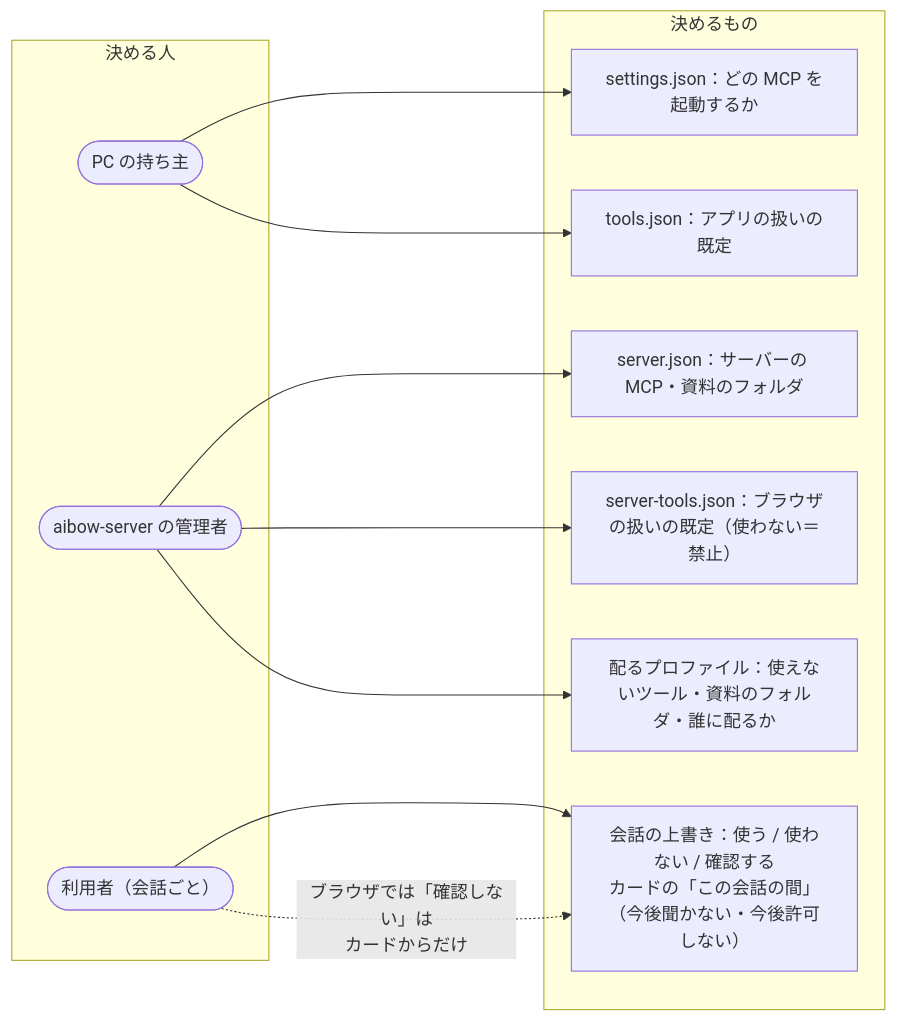
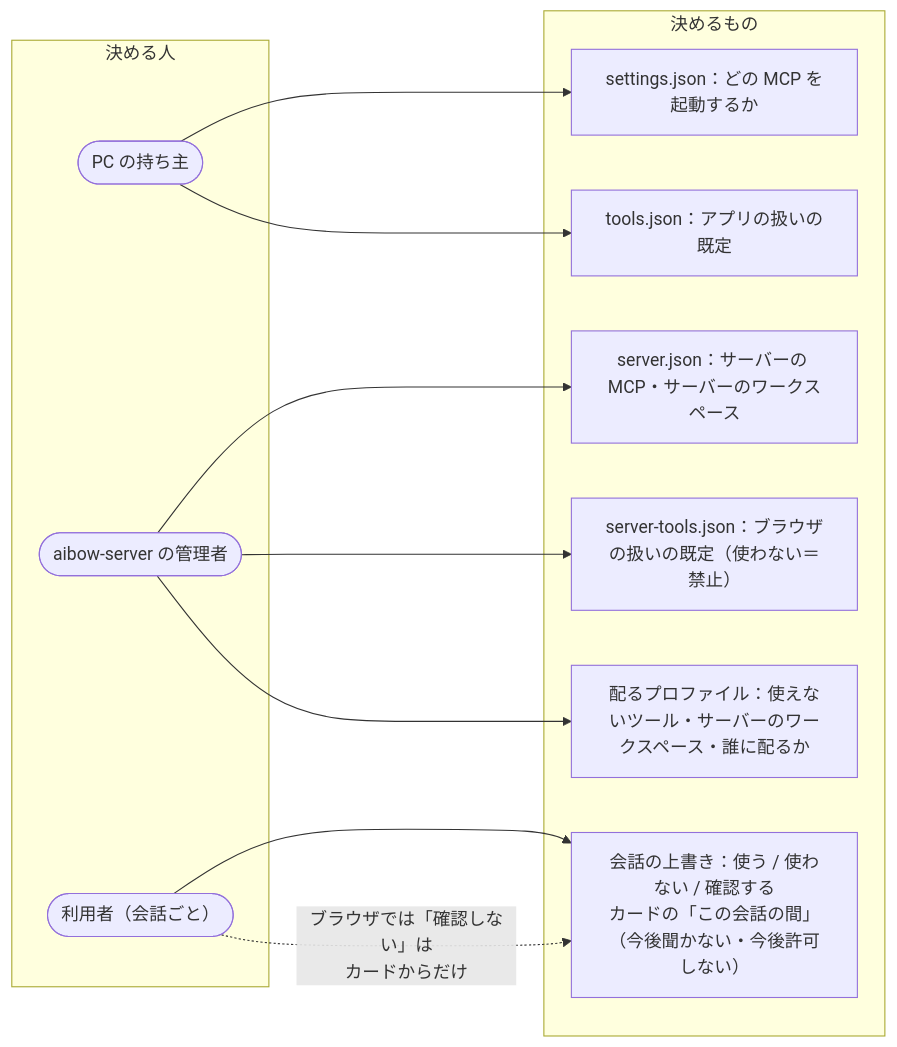
Before and after one commit to secondarykey/aibow: the seventh of 7 diagrams in _docs/diagrams.md, drawn with Mermaid. The commit also changed other lines of this file and 13 other files, not shown here.

````diff
--- a/_docs/diagrams.md
+++ b/_docs/diagrams.md
@@ -186,20 +186,20 @@
 ```mermaid
 flowchart LR
   subgraph WHO["決める人"]
     PCU(["PC の持ち主"])
     ADM(["aibow-server の管理者"])
     USR(["利用者（会話ごと）"])
   end
   subgraph WHAT["決めるもの"]
     SJ["settings.json：どの MCP を起動するか"]
     TJ["tools.json：アプリの扱いの既定"]
-    SVJ["server.json：サーバーの MCP・資料のフォルダ"]
+    SVJ["server.json：サーバーの MCP・サーバーのワークスペース"]
     STJ["server-tools.json：ブラウザの扱いの既定（使わない＝禁止）"]
-    PROF["配るプロファイル：使えないツール・資料のフォルダ・誰に配るか"]
+    PROF["配るプロファイル：使えないツール・サーバーのワークスペース・誰に配るか"]
     CONVP["会話の上書き：使う / 使わない / 確認する<br/>カードの「この会話の間」（今後聞かない・今後許可しない）"]
   end
   PCU --> SJ & TJ
   ADM --> SVJ & STJ & PROF
   USR --> CONVP
   USR -. "ブラウザでは「確認しない」は<br/>カードからだけ" .-> CONVP
 ```
````
